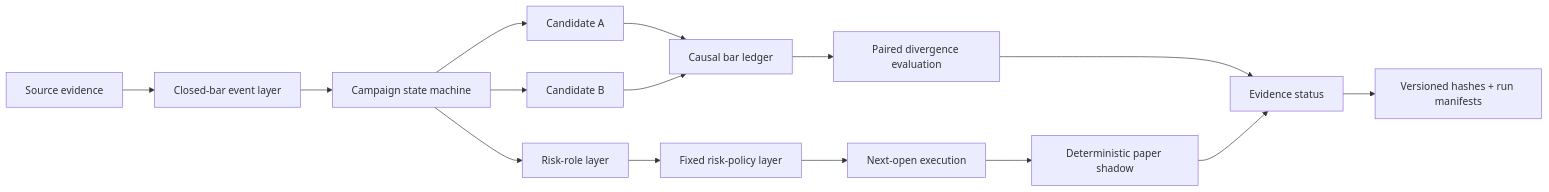
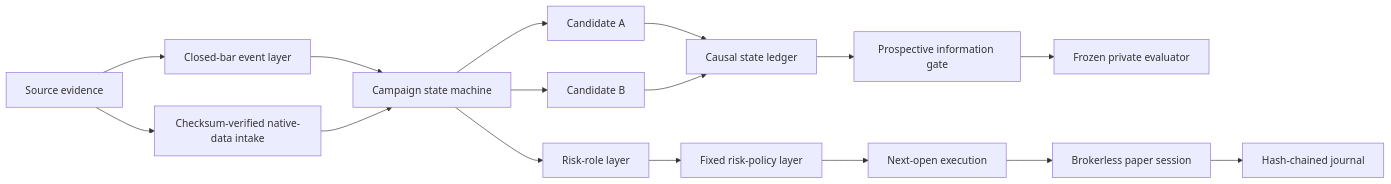
The diagram in README.md (tangyunkai-hub/rt-multitimeframe-quant-research), drawn with Mermaid before and after one commit. The commit also changed other lines of this file and 1 other file, not shown here.

Commit message:
Document prospective operational checkpoint

````diff
--- a/README.md
+++ b/README.md
@@ -35,17 +34,18 @@
 ```mermaid
 flowchart LR
     A[Source evidence] --> B[Closed-bar event layer]
     B --> C[Campaign state machine]
     C --> D1[Candidate A]
     C --> D2[Candidate B]
-    D1 --> E[Causal bar ledger]
+    D1 --> E[Causal state ledger]
     D2 --> E
-    E --> F[Paired divergence evaluation]
-    C --> G[Risk-role layer]
-    G --> H[Fixed risk-policy layer]
-    H --> I[Next-open execution]
-    I --> J[Deterministic paper shadow]
-    F --> K[Evidence status]
-    J --> K
-    K --> L[Versioned hashes + run manifests]
+    E --> F[Prospective information gate]
+    F --> G[Frozen private evaluator]
+    C --> H[Risk-role layer]
+    H --> I[Fixed risk-policy layer]
+    I --> J[Next-open execution]
+    J --> K[Brokerless paper session]
+    K --> L[Hash-chained journal]
+    A --> M[Checksum-verified native-data intake]
+    M --> C
 ```
````
